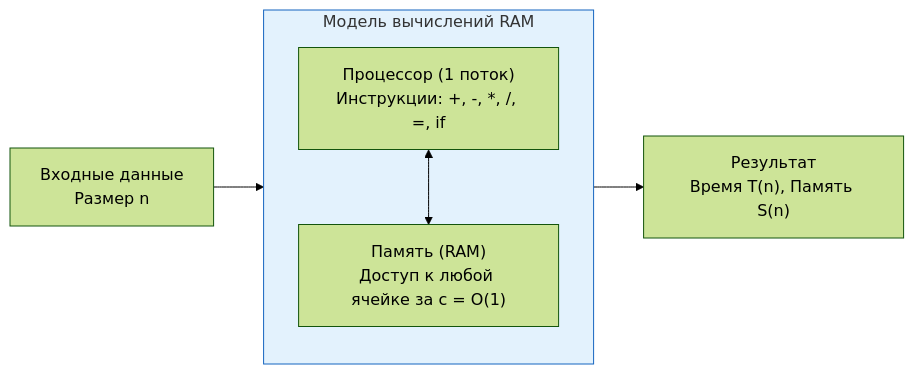
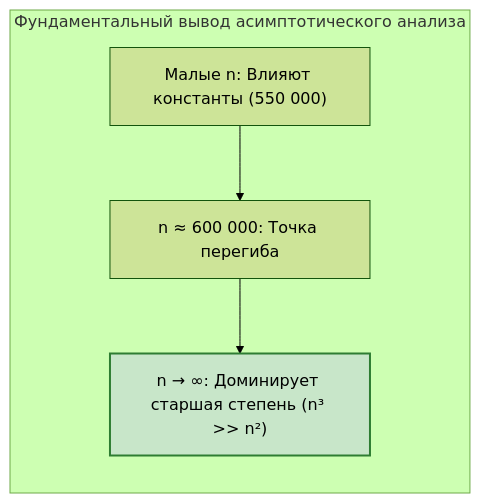
One commit to Kefirleos/itmo-vault changed the second of 3 diagrams in Конспекты/1 семестр/Поток 2/Алгоритмы и структуры данных/01. Лекция - Сложность алгоритмов, O-символика и сортировка вставками (2026-09-12).md. Above: the diagram before and after it, drawn with Mermaid (forest theme). The commit also changed other lines of this file and 2 other files, not shown here.

````diff
--- a/Конспекты/1 семестр/Поток 2/Алгоритмы и структуры данных/01. Лекция - Сложность алгоритмов, O-символика и сортировка вставками (2026-09-12).md
+++ b/Конспекты/1 семестр/Поток 2/Алгоритмы и структуры данных/01. Лекция - Сложность алгоритмов, O-символика и сортировка вставками (2026-09-12).md
@@ -45,9 +151,8 @@
 ```mermaid
 graph LR
-    subgraph RAM["Модель вычислений RAM"]
-        CPU["Процессор (1 поток)<br>Инструкции: +, -, *, /, =, if"] <--> MEM["Память (RAM)<br>Доступ к любой ячейке за c = O(1)"]
+    subgraph AsymptoticsLogic["Фундаментальный вывод асимптотического анализа"]
+        SmallN["Малые n: Влияют константы (550 000)"] --> Transition["n ≈ 600 000: Точка перегиба"]
+        Transition --> LargeN["n → ∞: Доминирует старшая степень (n³ >> n²)"]
     end
-    IN["Входные данные<br>Размер n"] --> RAM
-    RAM --> OUT["Результат<br>Время T(n), Память S(n)"]
-    style RAM fill:#e3f2fd,stroke:#1565c0
+    style LargeN fill:#c8e6c9,stroke:#2e7d32,stroke-width:2px
 ```
````
